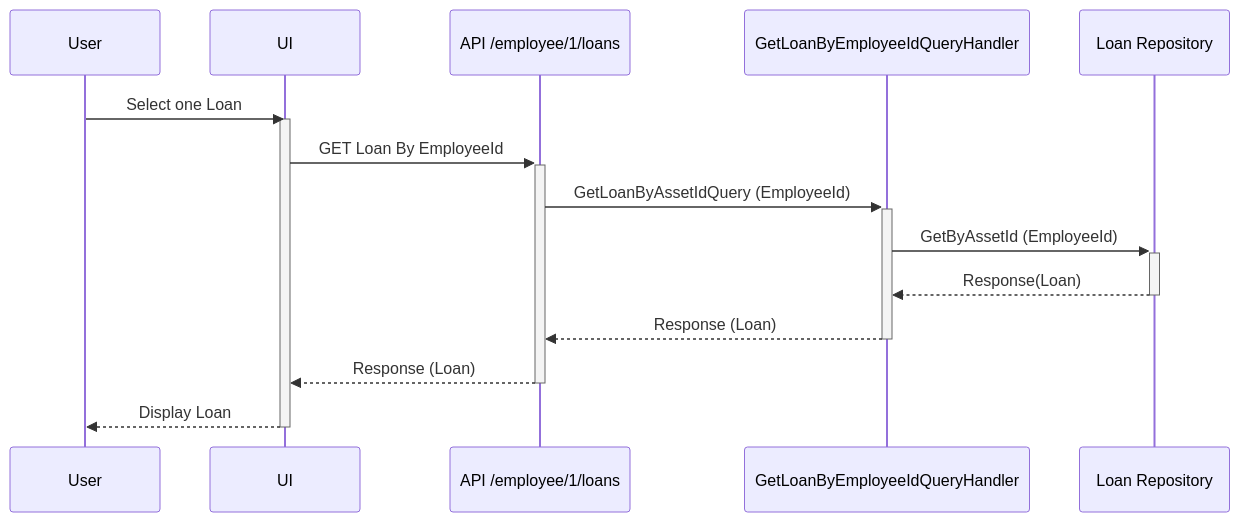
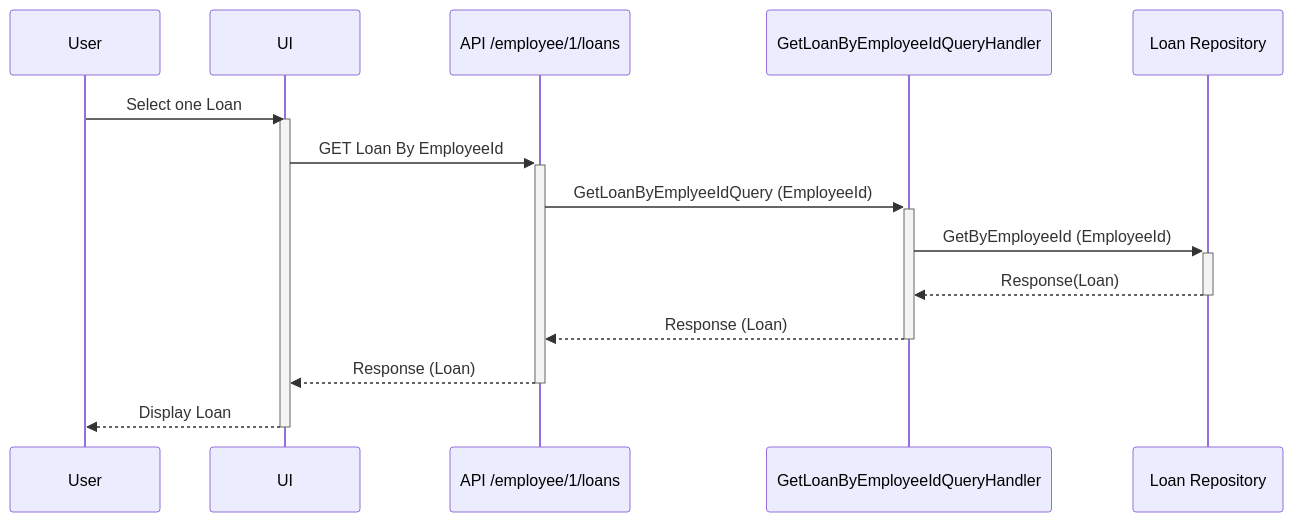
The fourth of 6 diagrams in docs/sequence-diagrams/read-loan.md (livun/bouvet-asset-hub), drawn with Mermaid before and after one commit. The commit also changed 10 other files, not shown here.

````diff
--- a/docs/sequence-diagrams/read-loan.md
+++ b/docs/sequence-diagrams/read-loan.md
@@ -54,14 +54,14 @@
 ```mermaid
 sequenceDiagram
 User ->> UI : Select one Loan
    Activate UI
         UI ->>+ API /employee/1/loans: GET Loan By EmployeeId
-        API /employee/1/loans ->>+ GetLoanByEmployeeIdQueryHandler : GetLoanByAssetIdQuery (EmployeeId)
-        GetLoanByEmployeeIdQueryHandler ->>+ Loan Repository : GetByAssetId (EmployeeId)
+        API /employee/1/loans ->>+ GetLoanByEmployeeIdQueryHandler : GetLoanByEmplyeeIdQuery (EmployeeId)
+        GetLoanByEmployeeIdQueryHandler ->>+ Loan Repository : GetByEmployeeId (EmployeeId)
         Loan Repository -->>- GetLoanByEmployeeIdQueryHandler : Response(Loan)
         GetLoanByEmployeeIdQueryHandler -->>- API /employee/1/loans : Response (Loan)
         API /employee/1/loans -->>- UI : Response (Loan)
         UI -->> User: Display Loan
     Deactivate UI
 
 ```
````
